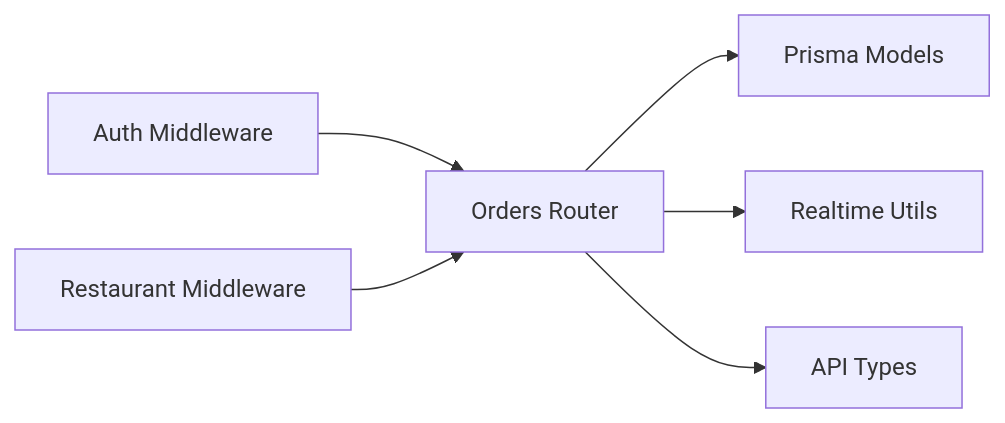
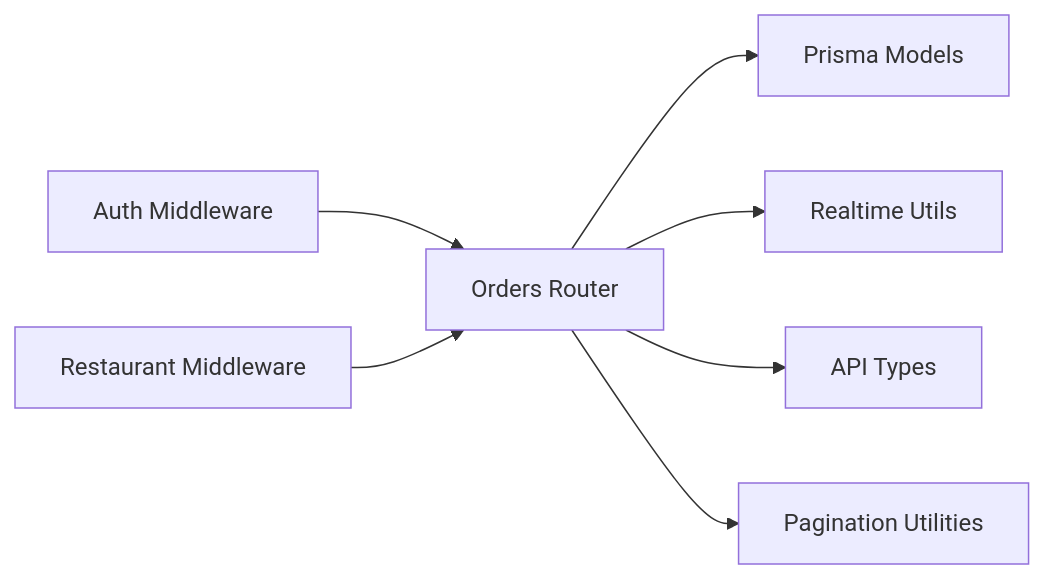
One commit to Dequeue-Tech/DeQ-Bite changed the third of 3 diagrams in .qoder/repowiki/en/content/API Documentation/Order Management Endpoints.md. Above: the diagram before and after it, drawn with Mermaid. The commit also changed other lines of this file and 25 other files, not shown here.

````diff
--- a/.qoder/repowiki/en/content/API Documentation/Order Management Endpoints.md
+++ b/.qoder/repowiki/en/content/API Documentation/Order Management Endpoints.md
@@ -370,8 +471,9 @@
 ```mermaid
 graph LR
 Auth["Auth Middleware"] --> Orders["Orders Router"]
 RestMW["Restaurant Middleware"] --> Orders
 Orders --> Prisma["Prisma Models"]
 Orders --> RT["Realtime Utils"]
 Orders --> Types["API Types"]
+Orders --> Paginate["Pagination Utilities"]
 ```
````
